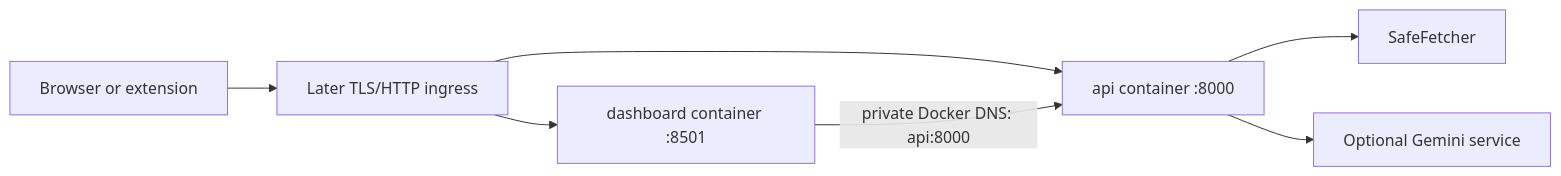
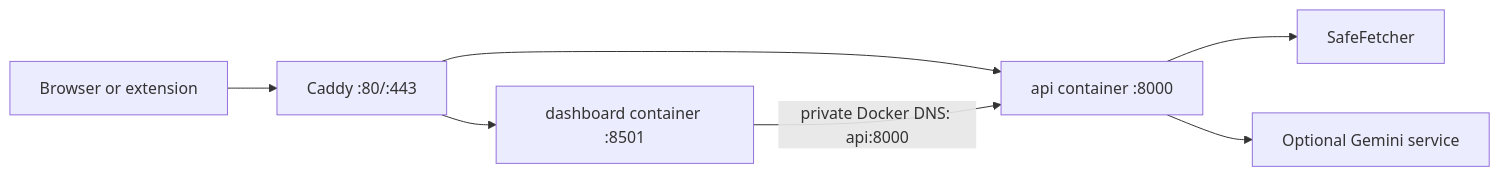
Before and after one commit to Rakshak-D/SEO-Sensei: the diagram in docs/deployment.md, drawn with Mermaid. The commit also changed other lines of this file and 13 other files, not shown here.

Commit message:
Add production ingress and TLS

````diff
--- a/docs/deployment.md
+++ b/docs/deployment.md
@@ -5,9 +6,9 @@
 ```mermaid
 flowchart LR
-    Browser[Browser or extension] --> Ingress[Later TLS/HTTP ingress]
-    Ingress --> Dashboard[dashboard container :8501]
-    Ingress --> API[api container :8000]
+    Browser[Browser or extension] --> Caddy[Caddy :80/:443]
+    Caddy --> Dashboard[dashboard container :8501]
+    Caddy --> API[api container :8000]
     Dashboard -->|private Docker DNS: api:8000| API
     API --> Fetcher[SafeFetcher]
     API --> Gemini[Optional Gemini service]
 ```
````
